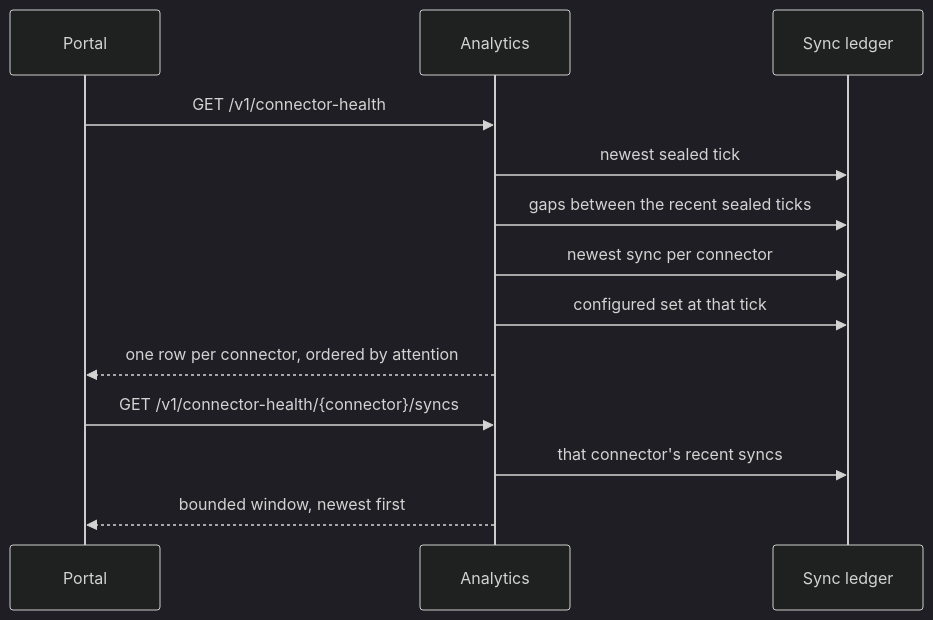
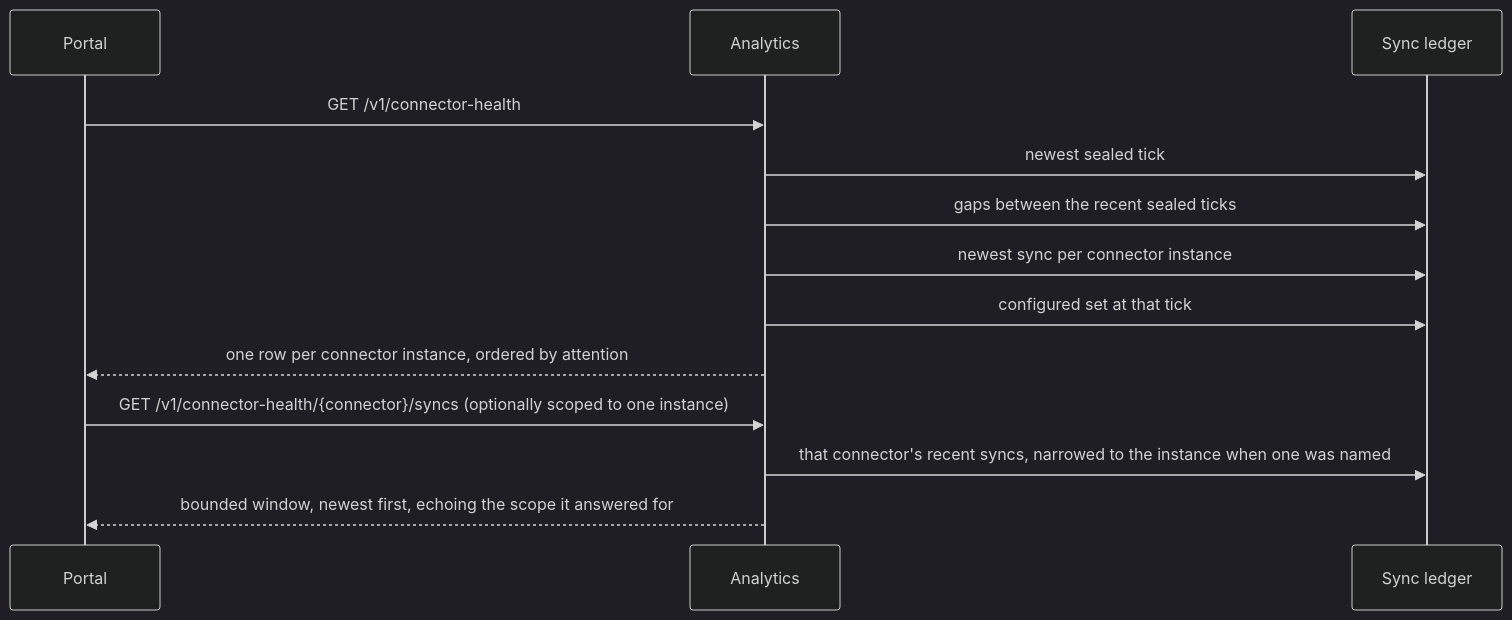
The second of 2 diagrams in docs/components/backend/analytics/specs/connector-health/DESIGN.md (constructorfabric/cyber-insight), drawn with Mermaid (dark theme) before and after one commit. The commit also changed other lines of this file and 1 other file, not shown here.

````diff
--- a/docs/components/backend/analytics/specs/connector-health/DESIGN.md
+++ b/docs/components/backend/analytics/specs/connector-health/DESIGN.md
@@ -644,16 +650,16 @@
 ```mermaid
 sequenceDiagram
     participant P as Portal
     participant A as Analytics
     participant L as Sync ledger
 
     P->>A: GET /v1/connector-health
     A->>L: newest sealed tick
     A->>L: gaps between the recent sealed ticks
-    A->>L: newest sync per connector
+    A->>L: newest sync per connector instance
     A->>L: configured set at that tick
-    A-->>P: one row per connector, ordered by attention
-    P->>A: GET /v1/connector-health/{connector}/syncs
-    A->>L: that connector's recent syncs
-    A-->>P: bounded window, newest first
+    A-->>P: one row per connector instance, ordered by attention
+    P->>A: GET /v1/connector-health/{connector}/syncs (optionally scoped to one instance)
+    A->>L: that connector's recent syncs, narrowed to the instance when one was named
+    A-->>P: bounded window, newest first, echoing the scope it answered for
 ```
````
